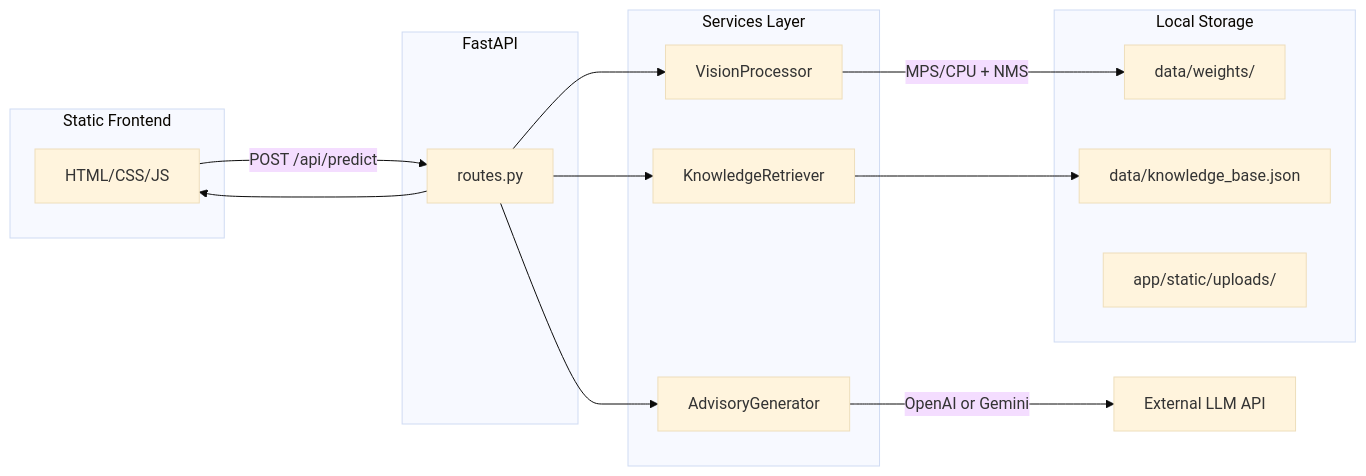
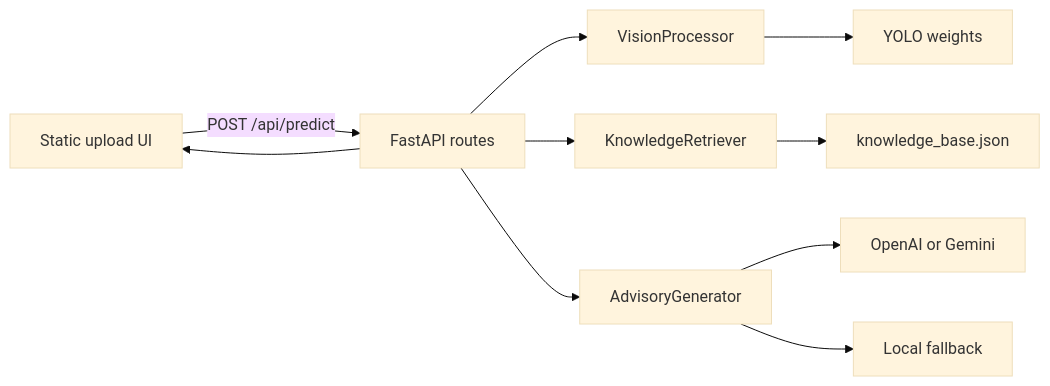
The first of 2 diagrams in docs/architecture.md (jiale2004/FoodSense-MY), drawn with Mermaid (base theme) before and after one commit. The commit also changed other lines of this file and 8 other files, not shown here.

````diff
--- a/docs/architecture.md
+++ b/docs/architecture.md
@@ -7,27 +12,12 @@
 ```mermaid
 flowchart LR
-    subgraph frontend [Static Frontend]
-        UI[HTML/CSS/JS]
-    end
-    subgraph api [FastAPI]
-        Routes[routes.py]
-    end
-    subgraph services [Services Layer]
-        VP[VisionProcessor]
-        KR[KnowledgeRetriever]
-        AG[AdvisoryGenerator]
-    end
-    subgraph storage [Local Storage]
-        Weights[data/weights/]
-        KB[data/knowledge_base.json]
-        Uploads[app/static/uploads/]
-    end
-    UI -->|POST /api/predict| Routes
-    Routes --> VP
-    VP -->|MPS/CPU + NMS| Weights
-    Routes --> KR
-    KR --> KB
-    Routes --> AG
-    AG -->|OpenAI or Gemini| ExternalAPI[External LLM API]
-    Routes --> UI
+    UI[Static upload UI] -->|POST /api/predict| API[FastAPI routes]
+    API --> Vision[VisionProcessor]
+    Vision --> Model[YOLO weights]
+    API --> Nutrition[KnowledgeRetriever]
+    Nutrition --> KB[knowledge_base.json]
+    API --> Advisory[AdvisoryGenerator]
+    Advisory --> LLM[OpenAI or Gemini]
+    Advisory --> Template[Local fallback]
+    API --> UI
 ```
````
